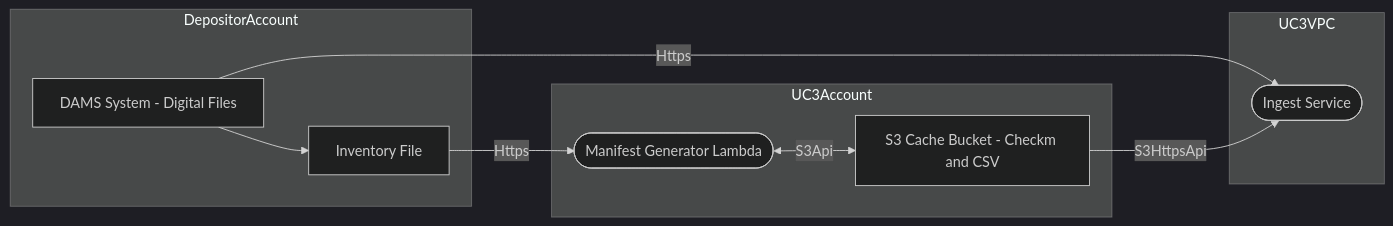
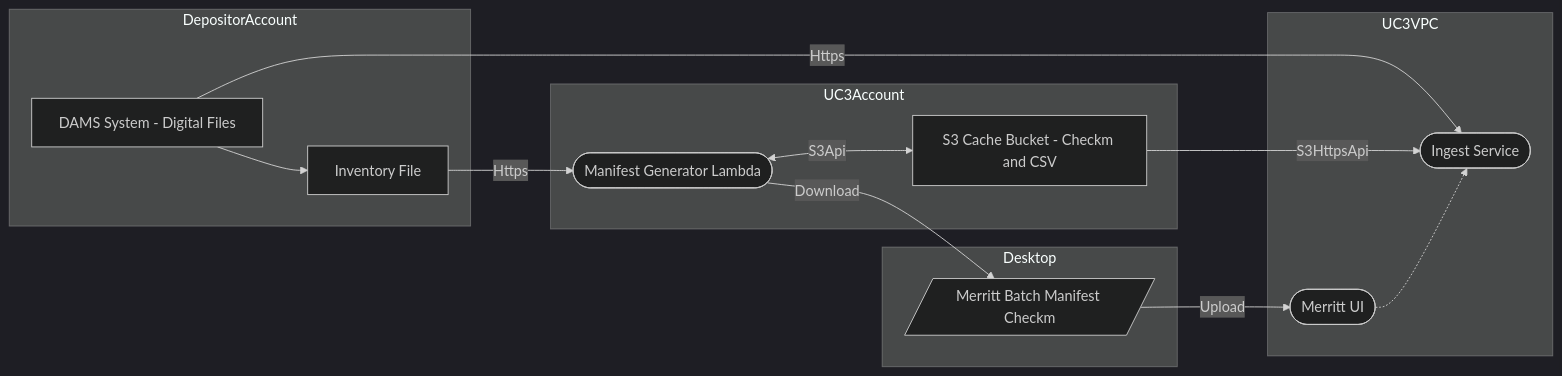
One commit to CDLUC3/mrt-manifest-gen changed the diagram in use-case-3.md. Above: the diagram before and after it, drawn with Mermaid (dark theme). The commit also changed 2 other files, not shown here.

Commit message:
Use case update

````diff
--- a/use-case-3.md
+++ b/use-case-3.md
@@ -7,27 +7,35 @@
 ```mermaid
 graph LR
   accTitle: 'Manifest Generator Use Case 1: UC3-Owned Source Bucket'
   accDescr {
     TBD
   }
 
   subgraph DepositorAccount
     DAMS[DAMS System - Digital Files]
     InventoryFile[Inventory File]
   end
 
   subgraph UC3Account
     S3CacheBucket[S3 Cache Bucket - Checkm and CSV]
     ManifestGeneratorLambda([Manifest Generator Lambda])
   end
 
   subgraph UC3VPC
     Ingest([Ingest Service])
+    UI([Merritt UI])
+  end
+
+  subgraph Desktop
+    Checkm[/Merritt Batch Manifest Checkm/]
   end
 
   DAMS --> InventoryFile
   InventoryFile --> |Https| ManifestGeneratorLambda
   DAMS --> |Https| Ingest
   ManifestGeneratorLambda <--> |S3Api| S3CacheBucket
   S3CacheBucket --> |S3HttpsApi| Ingest
+  ManifestGeneratorLambda --> |Download| Checkm
+  Checkm --> |Upload| UI
+  UI -.-> Ingest
 ```
````
